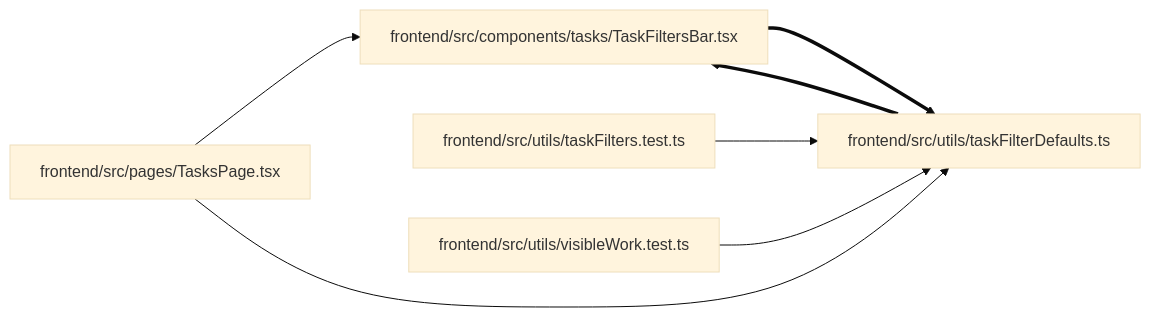
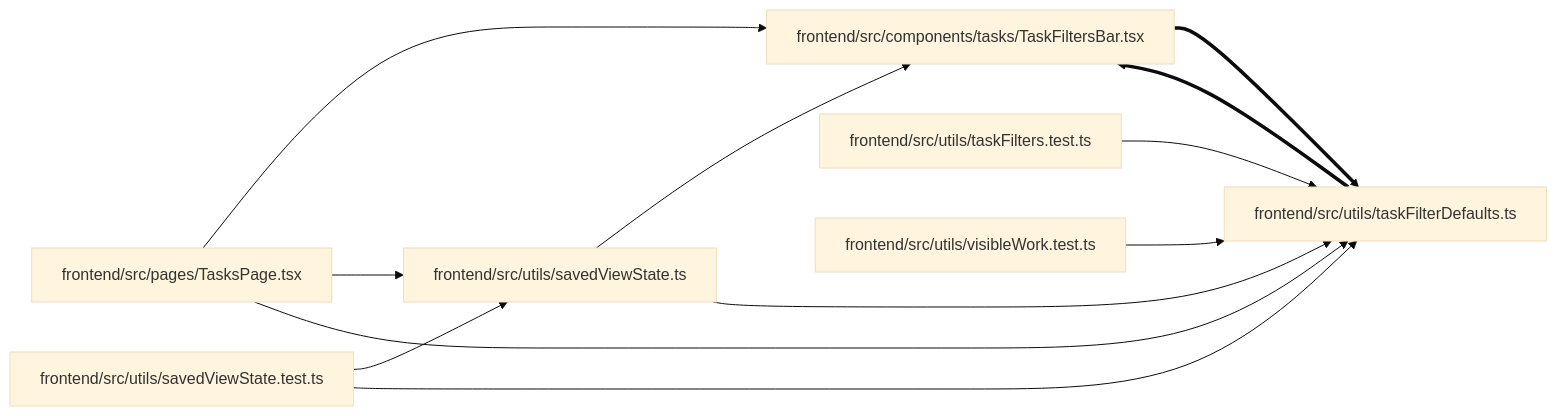
Before and after one commit to Denissvgn/WorkChord: the diagram in docs/llm_wiki/modules/taskFilterDefaults.md, drawn with Mermaid (base theme). The commit also changed other lines of this file and 1888 other files, not shown here.

````diff
--- a/docs/llm_wiki/modules/taskFilterDefaults.md
+++ b/docs/llm_wiki/modules/taskFilterDefaults.md
@@ -26,19 +26,28 @@
 ```mermaid
 flowchart LR
     n0["frontend/src/components/tasks/TaskFiltersBar.tsx"]
     n1["frontend/src/pages/TasksPage.tsx"]
-    n2["frontend/src/utils/taskFilterDefaults.ts"]
-    n3["frontend/src/utils/taskFilters.test.ts"]
-    n4["frontend/src/utils/visibleWork.test.ts"]
-    n0 ==> n2
+    n2["frontend/src/utils/savedViewState.test.ts"]
+    n3["frontend/src/utils/savedViewState.ts"]
+    n4["frontend/src/utils/taskFilterDefaults.ts"]
+    n5["frontend/src/utils/taskFilters.test.ts"]
+    n6["frontend/src/utils/visibleWork.test.ts"]
+    n0 ==> n4
     n1 --> n0
-    n1 --> n2
-    n2 ==> n0
-    n3 --> n2
-    n4 --> n2
+    n1 --> n3
+    n1 --> n4
+    n2 --> n3
+    n2 --> n4
+    n3 --> n0
+    n3 --> n4
+    n4 ==> n0
+    n5 --> n4
+    n6 --> n4
     click n0 "../modules/TaskFiltersBar.md"
     click n1 "../modules/TasksPage.md"
-    click n2 "../modules/taskFilterDefaults.md"
-    click n3 "../modules/taskFilters.test.md"
-    click n4 "../modules/visibleWork.test.md"
+    click n2 "../modules/savedViewState.test.md"
+    click n3 "../modules/savedViewState.md"
+    click n4 "../modules/taskFilterDefaults.md"
+    click n5 "../modules/taskFilters.test.md"
+    click n6 "../modules/visibleWork.test.md"
 ```
````
